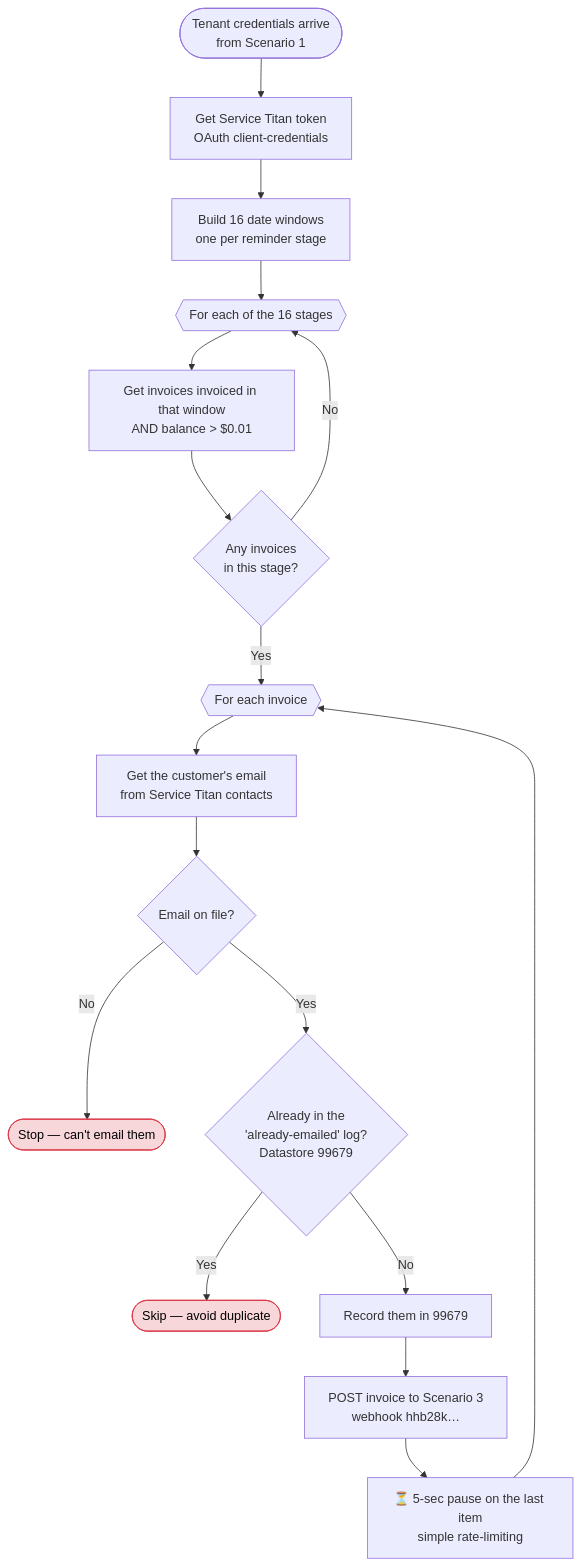
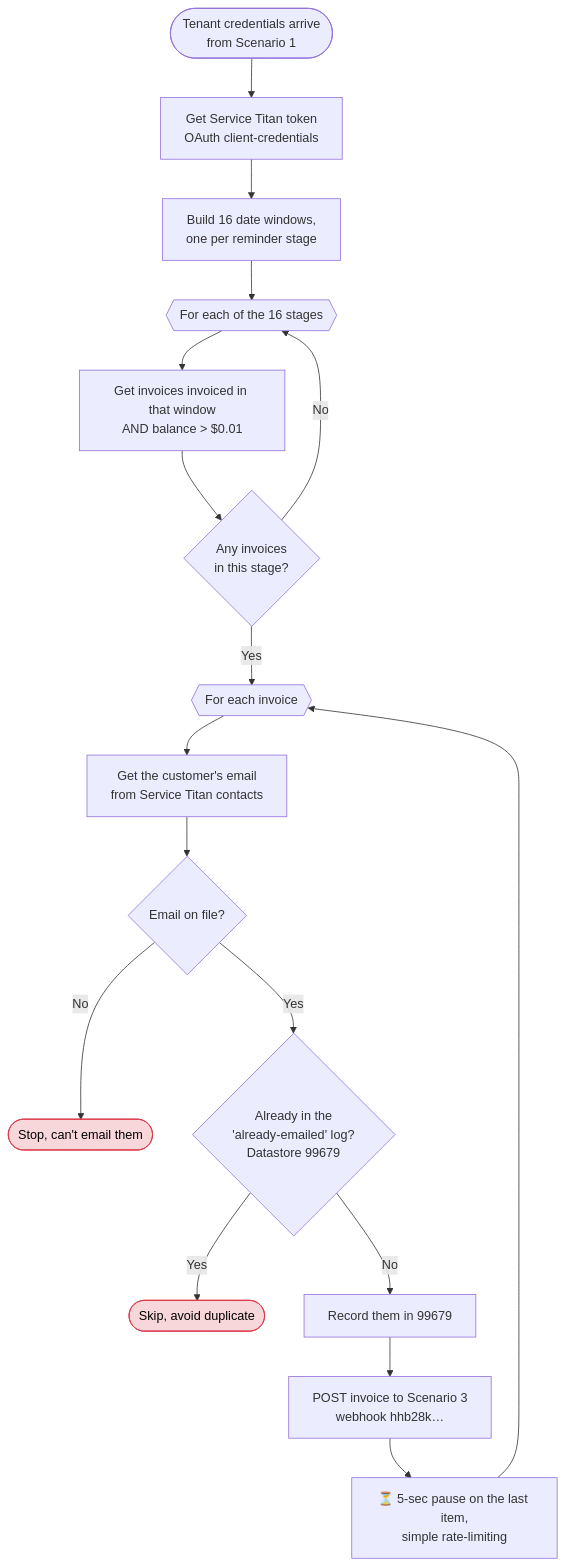
One commit to Zerubabel-J/ar-automation-docs changed the third of 4 diagrams in README.md. Above: the diagram before and after it, drawn with Mermaid. The commit also changed other lines of this file, not shown here.

````diff
--- a/README.md
+++ b/README.md
@@ -159,22 +152,22 @@
 ```mermaid
 flowchart TD
     START([Tenant credentials arrive<br/>from Scenario 1]) --> AUTH[Get Service Titan token<br/>OAuth client-credentials]
-    AUTH --> BUCKETS[Build 16 date windows<br/>one per reminder stage]
+    AUTH --> BUCKETS[Build 16 date windows,<br/>one per reminder stage]
     BUCKETS --> LOOP{{For each of the 16 stages}}
 
     LOOP --> GET["Get invoices invoiced in that window<br/>AND balance > $0.01"]
     GET --> ANY{Any invoices<br/>in this stage?}
     ANY -- "No" --> LOOP
     ANY -- "Yes" --> EACH{{For each invoice}}
 
     EACH --> EMAIL[Get the customer's email<br/>from Service Titan contacts]
     EMAIL --> HASMAIL{Email on file?}
-    HASMAIL -- "No" --> STOP1([Stop — can't email them]):::stop
+    HASMAIL -- "No" --> STOP1([Stop, can't email them]):::stop
     HASMAIL -- "Yes" --> GATE{Already in the<br/>'already-emailed' log?<br/>Datastore 99679}
-    GATE -- "Yes" --> STOP2([Skip — avoid duplicate]):::stop
+    GATE -- "Yes" --> STOP2([Skip, avoid duplicate]):::stop
     GATE -- "No" --> REC[Record them in 99679] --> SEND[POST invoice to Scenario 3<br/>webhook hhb28k…]
-    SEND --> SLEEP[⏳ 5-sec pause on the last item<br/>simple rate-limiting]
+    SEND --> SLEEP[⏳ 5-sec pause on the last item,<br/>simple rate-limiting]
     SLEEP --> EACH
 
     classDef stop fill:#f8d7da,stroke:#dc3545,color:#000;
 ```
````
